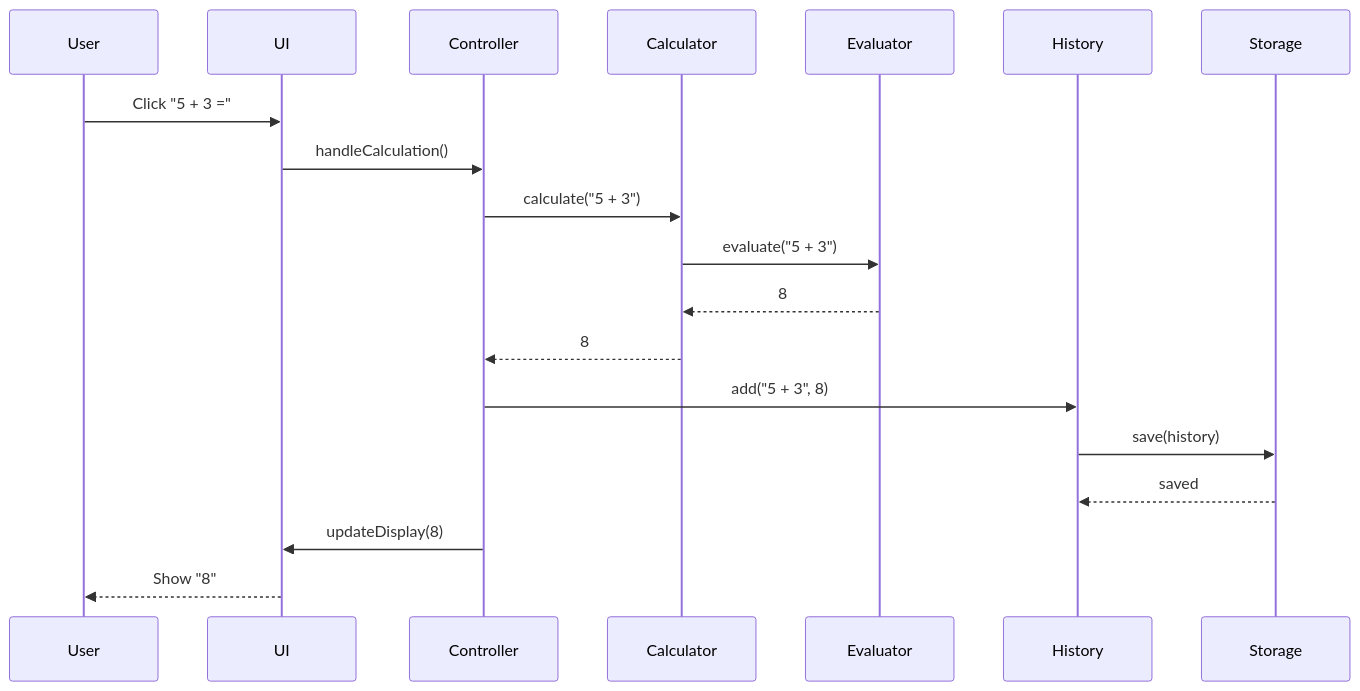
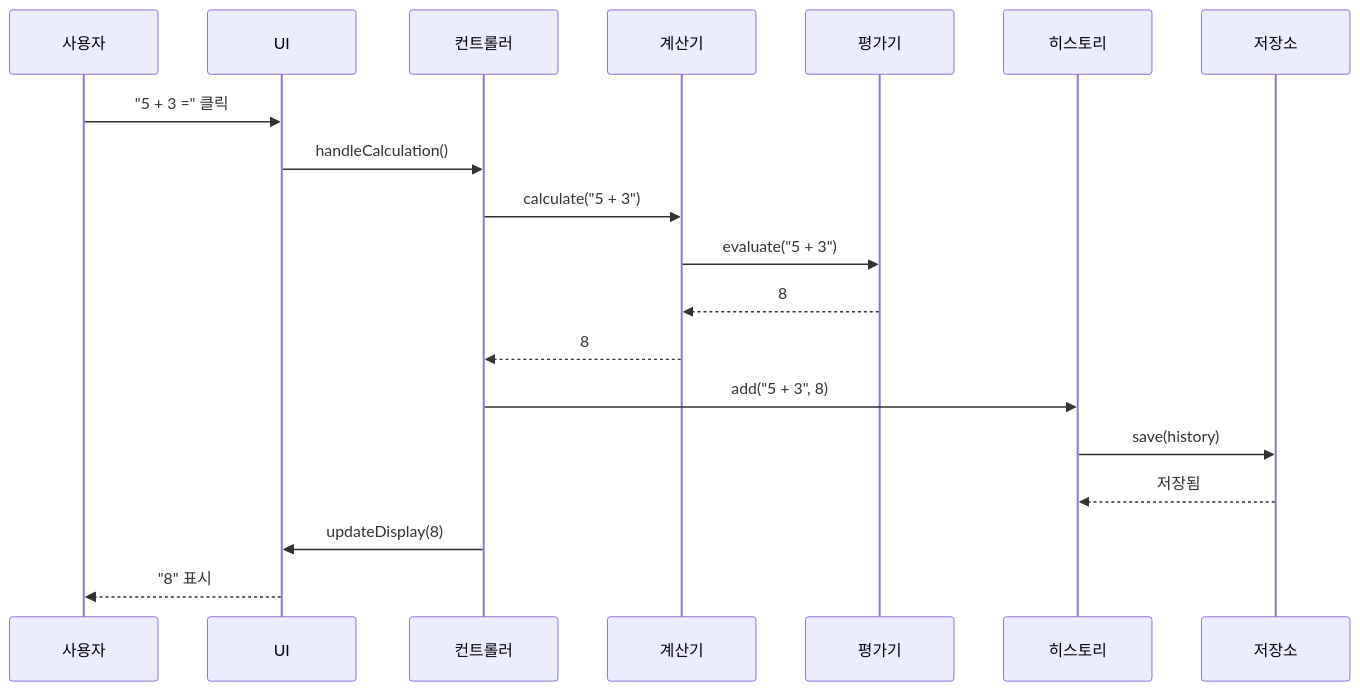
The third of 5 diagrams in README.md (megaTRX/calculator), drawn with Mermaid before and after one commit. The commit also changed other lines of this file, not shown here.

````diff
--- a/README.md
+++ b/README.md
@@ -253,22 +253,22 @@
 ```mermaid
 sequenceDiagram
-    participant User
+    participant User as 사용자
     participant UI
-    participant Controller
-    participant Calculator
-    participant Evaluator
-    participant History
-    participant Storage
+    participant Controller as 컨트롤러
+    participant Calculator as 계산기
+    participant Evaluator as 평가기
+    participant History as 히스토리
+    participant Storage as 저장소
 
-    User->>UI: Click "5 + 3 ="
+    User->>UI: "5 + 3 =" 클릭
     UI->>Controller: handleCalculation()
     Controller->>Calculator: calculate("5 + 3")
     Calculator->>Evaluator: evaluate("5 + 3")
     Evaluator-->>Calculator: 8
     Calculator-->>Controller: 8
     Controller->>History: add("5 + 3", 8)
     History->>Storage: save(history)
-    Storage-->>History: saved
+    Storage-->>History: 저장됨
     Controller->>UI: updateDisplay(8)
-    UI-->>User: Show "8"
+    UI-->>User: "8" 표시
 ```
````
